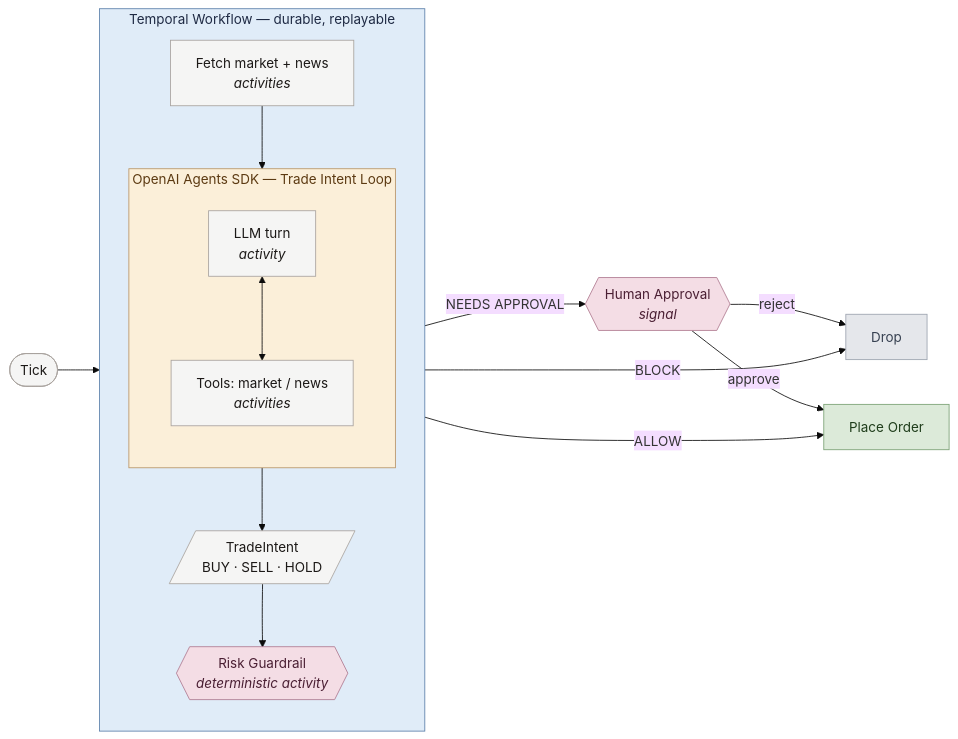
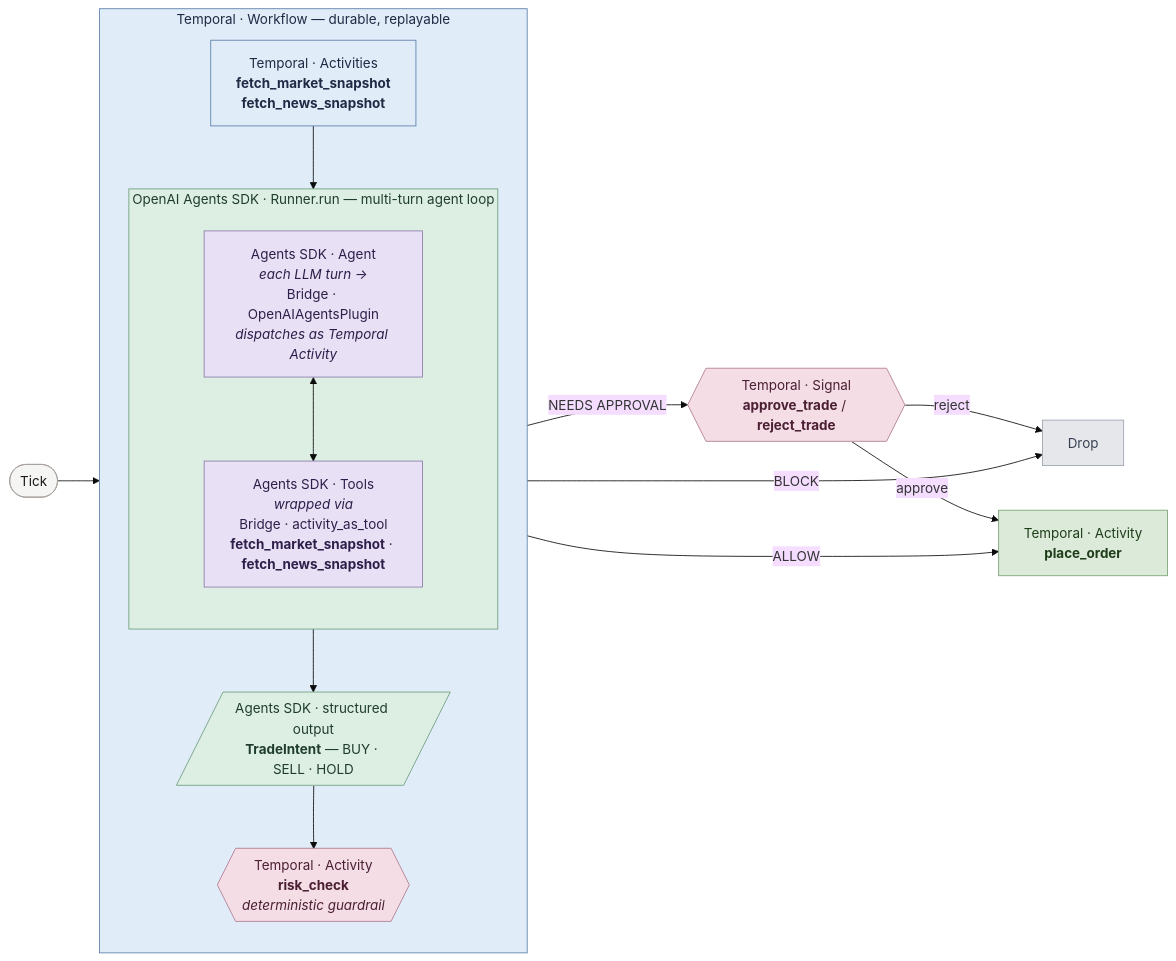
One commit to stwomack/durable-agentic-harness changed the diagram in docs/phase-2-architecture.md. Above: the diagram before and after it, drawn with Mermaid (base theme). The commit also changed other lines of this file and 1 other file, not shown here.

Commit message:
Update Phase 2 architecture documentation for clarity and detail

````diff
--- a/docs/phase-2-architecture.md
+++ b/docs/phase-2-architecture.md
@@ -5,39 +5,41 @@
 ```mermaid
 flowchart LR
     Tick([Tick]) --> WF
 
-    subgraph WF["Temporal Workflow — durable, replayable"]
+    subgraph WF["Temporal · Workflow — durable, replayable"]
         direction TB
-        CTX[Fetch market + news<br/><i>activities</i>]
+        CTX["Temporal · Activities<br/><b>fetch_market_snapshot</b><br/><b>fetch_news_snapshot</b>"]
 
-        subgraph AGENT["OpenAI Agents SDK — Trade Intent Loop"]
+        subgraph AGENT["OpenAI Agents SDK · Runner.run — multi-turn agent loop"]
             direction TB
-            LLM[LLM turn<br/><i>activity</i>]
-            TOOLS[Tools: market / news<br/><i>activities</i>]
+            LLM["Agents SDK · Agent<br/><i>each LLM turn →</i><br/>Bridge · OpenAIAgentsPlugin<br/><i>dispatches as Temporal Activity</i>"]
+            TOOLS["Agents SDK · Tools<br/><i>wrapped via</i><br/>Bridge · activity_as_tool<br/><b>fetch_market_snapshot</b> · <b>fetch_news_snapshot</b>"]
             LLM <--> TOOLS
         end
 
-        CTX --> AGENT --> INTENT[/TradeIntent<br/>BUY · SELL · HOLD/]
-        INTENT --> RISK{{Risk Guardrail<br/><i>deterministic activity</i>}}
+        CTX --> AGENT --> INTENT[/Agents SDK · structured output<br/><b>TradeIntent</b> — BUY · SELL · HOLD/]
+        INTENT --> RISK{{"Temporal · Activity<br/><b>risk_check</b><br/><i>deterministic guardrail</i>"}}
     end
 
     RISK -- BLOCK --> DROP[Drop]
-    RISK -- ALLOW --> ORDER[Place Order]
-    RISK -- NEEDS APPROVAL --> HUMAN{{Human Approval<br/><i>signal</i>}}
+    RISK -- ALLOW --> ORDER["Temporal · Activity<br/><b>place_order</b>"]
+    RISK -- NEEDS APPROVAL --> HUMAN{{"Temporal · Signal<br/><b>approve_trade</b> / <b>reject_trade</b>"}}
     HUMAN -- approve --> ORDER
     HUMAN -- reject --> DROP
 
-    classDef wf       fill:#E0ECF8,stroke:#5B7FAA,stroke-width:1px,color:#1F2A44;
-    classDef agent    fill:#FBEFD9,stroke:#B89466,stroke-width:1px,color:#5C3A12;
-    classDef gate     fill:#F4DDE5,stroke:#B07A91,stroke-width:1px,color:#4A1F33;
-    classDef ok       fill:#DCEAD9,stroke:#79A074,stroke-width:1px,color:#1F3D1B;
-    classDef bad      fill:#E5E7EB,stroke:#9CA3AF,stroke-width:1px,color:#374151;
-    classDef neutral  fill:#F5F5F4,stroke:#A8A29E,stroke-width:1px,color:#1C1917;
+    classDef temporal  fill:#E0ECF8,stroke:#5B7FAA,stroke-width:1px,color:#1F2A44;
+    classDef agents    fill:#DDEEE3,stroke:#6B9D7E,stroke-width:1px,color:#1F3D2E;
+    classDef bridge    fill:#E8E0F4,stroke:#8B7AAA,stroke-width:1px,color:#2E1F4A;
+    classDef gate      fill:#F4DDE5,stroke:#B07A91,stroke-width:1px,color:#4A1F33;
+    classDef ok        fill:#DCEAD9,stroke:#79A074,stroke-width:1px,color:#1F3D1B;
+    classDef bad       fill:#E5E7EB,stroke:#9CA3AF,stroke-width:1px,color:#374151;
+    classDef neutral   fill:#F5F5F4,stroke:#A8A29E,stroke-width:1px,color:#1C1917;
 
-    class WF wf;
-    class AGENT agent;
+    class WF,CTX temporal;
+    class AGENT,INTENT agents;
+    class LLM,TOOLS bridge;
     class RISK,HUMAN gate;
     class ORDER ok;
     class DROP bad;
-    class Tick,CTX,LLM,TOOLS,INTENT neutral;
+    class Tick neutral;
 ```
````
